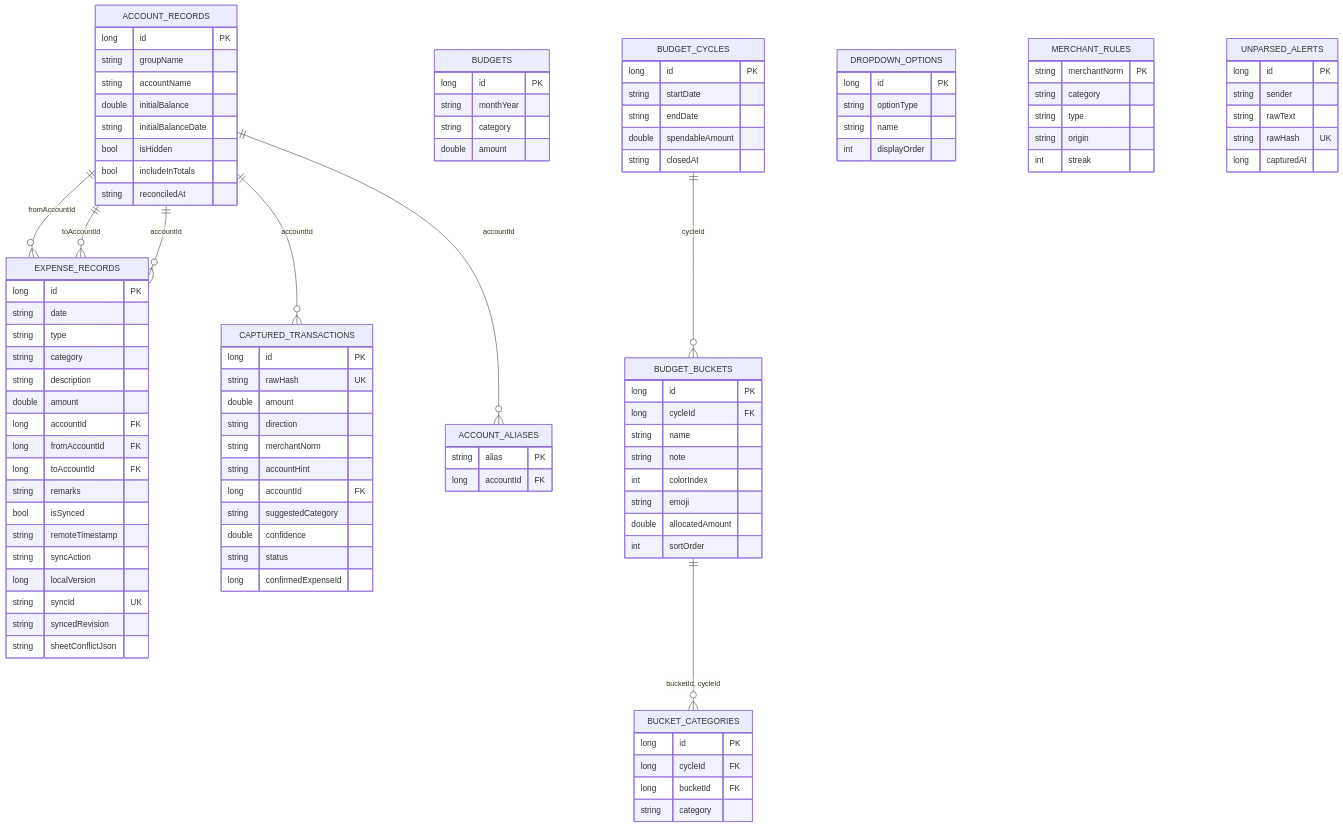
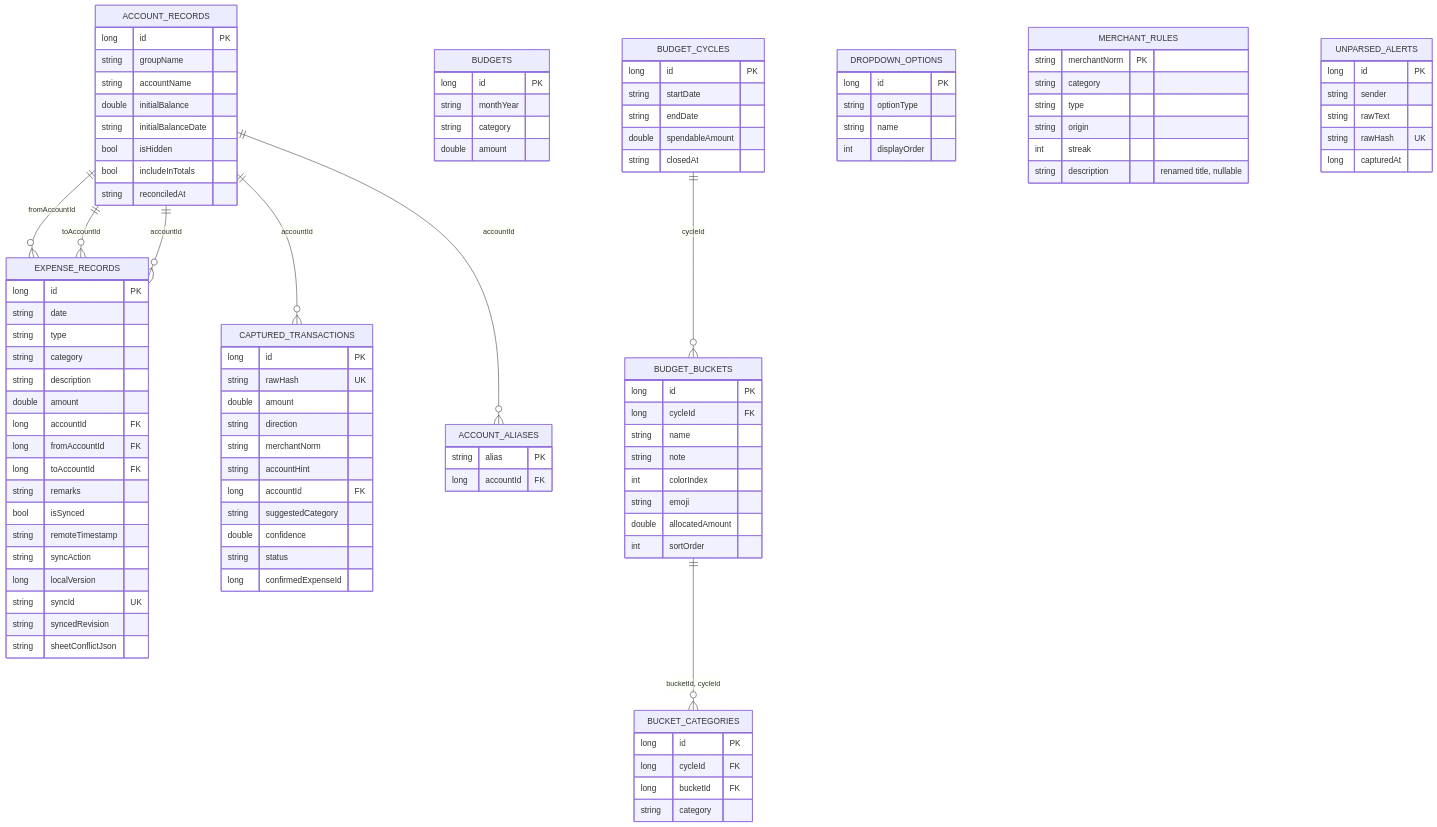
One commit to issaczerubbabela/L-Edgar changed the fourth of 5 diagrams in docs/ARCHITECTURE.md. Above: the diagram before and after it, drawn with Mermaid. The commit also changed 6 other files, not shown here.

```diff
--- a/docs/ARCHITECTURE.md
+++ b/docs/ARCHITECTURE.md
@@ -269,6 +269,7 @@
         string type
         string origin
         int streak
+        string description "renamed title, nullable"
     }
 
     ACCOUNT_ALIASES {
```
